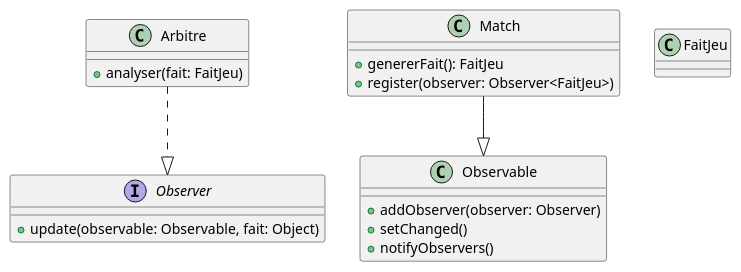
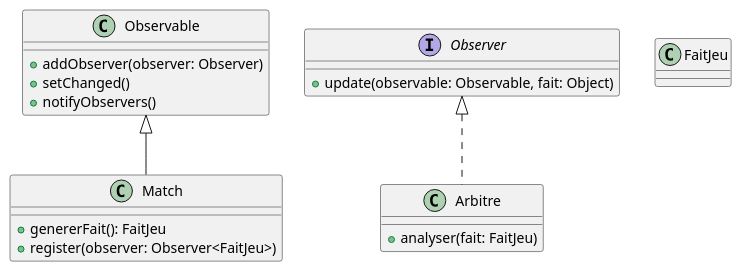
One commit to jandry/design-pattern changed the diagram in src/uml/observerJava.puml. Above: the diagram before and after it, drawn with PlantUML. The commit also changed 2 other files, not shown here.

```diff
--- a/src/uml/observerJava.puml
+++ b/src/uml/observerJava.puml
@@ -1,27 +1,27 @@
 @startuml Observer
 
 interface Observer {
     + update(observable: Observable, fait: Object)
 }
 
 class Observable {
     + addObserver(observer: Observer)
     + setChanged()
     + notifyObservers()
 }
 
 class Match {
     + genererFait(): FaitJeu
     + register(observer: Observer<FaitJeu>)
 }
 
 class FaitJeu
 
 class Arbitre {
     + analyser(fait: FaitJeu)
 }
 
-Arbitre..|>Observer
-Match--|>Observable
+Arbitre .up.|> Observer
+Match -up-|> Observable
 
 @enduml
```
